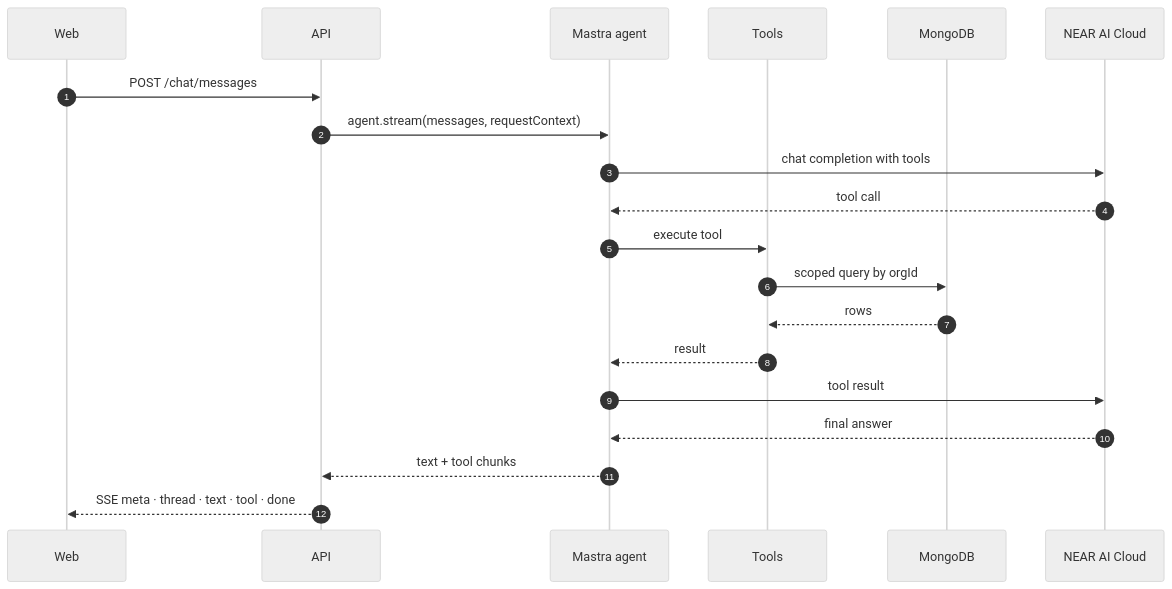
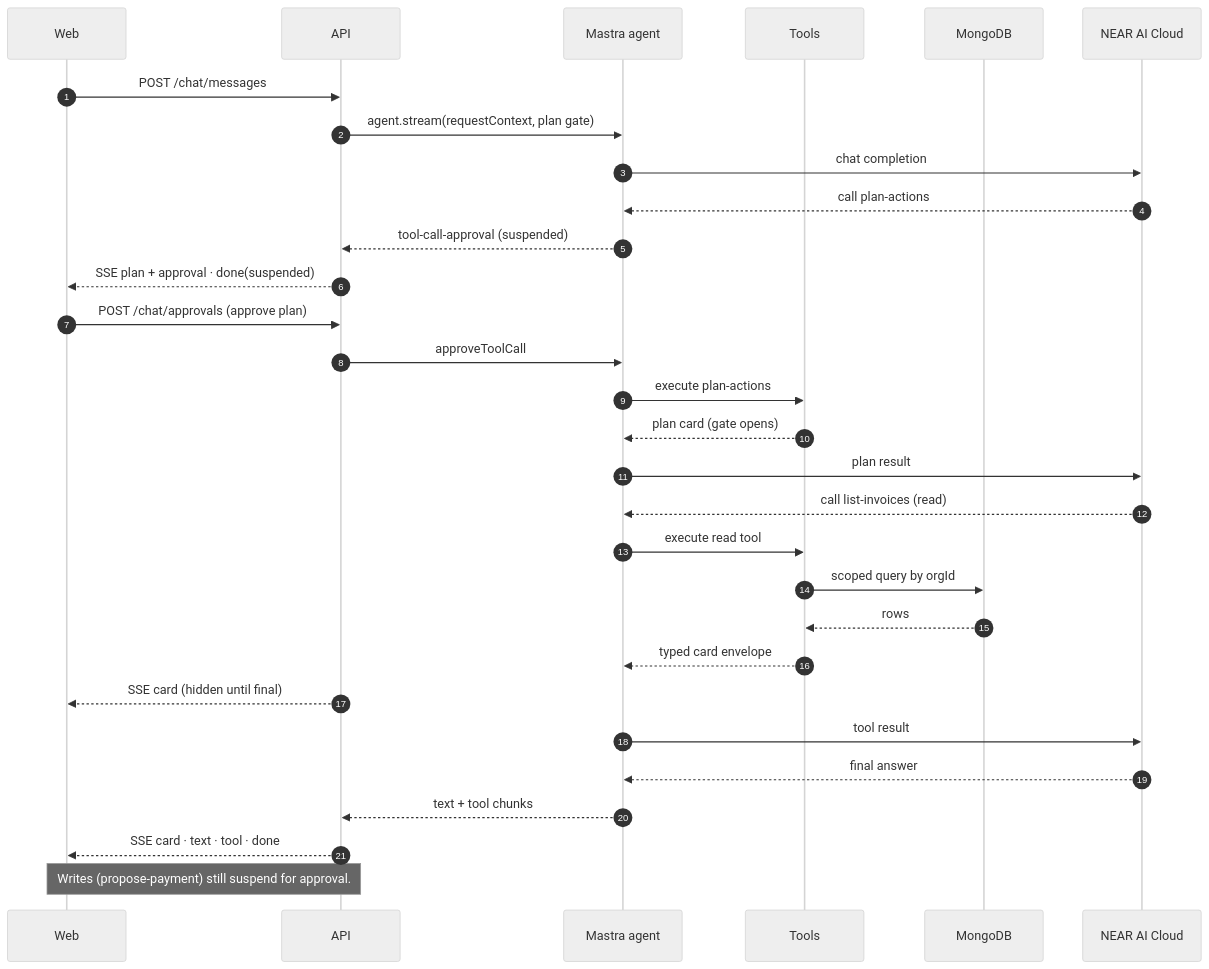
One commit to cryingraven/keiz-platform changed diagram 13 of 16 in docs/architecture.md. Above: the diagram before and after it, drawn with Mermaid (neutral theme). The commit also changed other lines of this file and 36 other files, not shown here.

First line of the commit message:
feat: implement chat cards and agent approvals

````diff
--- a/docs/architecture.md
+++ b/docs/architecture.md
@@ -485,23 +500,35 @@
 ```mermaid
 sequenceDiagram
   autonumber
   participant W as Web
   participant A as API
   participant M as Mastra agent
   participant T as Tools
   participant DB as MongoDB
   participant AI as NEAR AI Cloud
 
   W->>A: POST /chat/messages
-  A->>M: agent.stream(messages, requestContext)
-  M->>AI: chat completion with tools
-  AI-->>M: tool call
-  M->>T: execute tool
+  A->>M: agent.stream(requestContext, plan gate)
+  M->>AI: chat completion
+  AI-->>M: call plan-actions
+  M-->>A: tool-call-approval (suspended)
+  A-->>W: SSE plan + approval · done(suspended)
+  W->>A: POST /chat/approvals (approve plan)
+  A->>M: approveToolCall
+  M->>T: execute plan-actions
+  T-->>M: plan card (gate opens)
+  M->>AI: plan result
+  AI-->>M: call list-invoices (read)
+  M->>T: execute read tool
   T->>DB: scoped query by orgId
   DB-->>T: rows
-  T-->>M: result
+  T-->>M: typed card envelope
+  A-->>W: SSE card (hidden until final)
   M->>AI: tool result
   AI-->>M: final answer
   M-->>A: text + tool chunks
-  A-->>W: SSE meta · thread · text · tool · done
+  A-->>W: SSE card · text · tool · done
+
+  Note over W,A: Writes (propose-payment) still suspend for approval.
+
 ```
````
